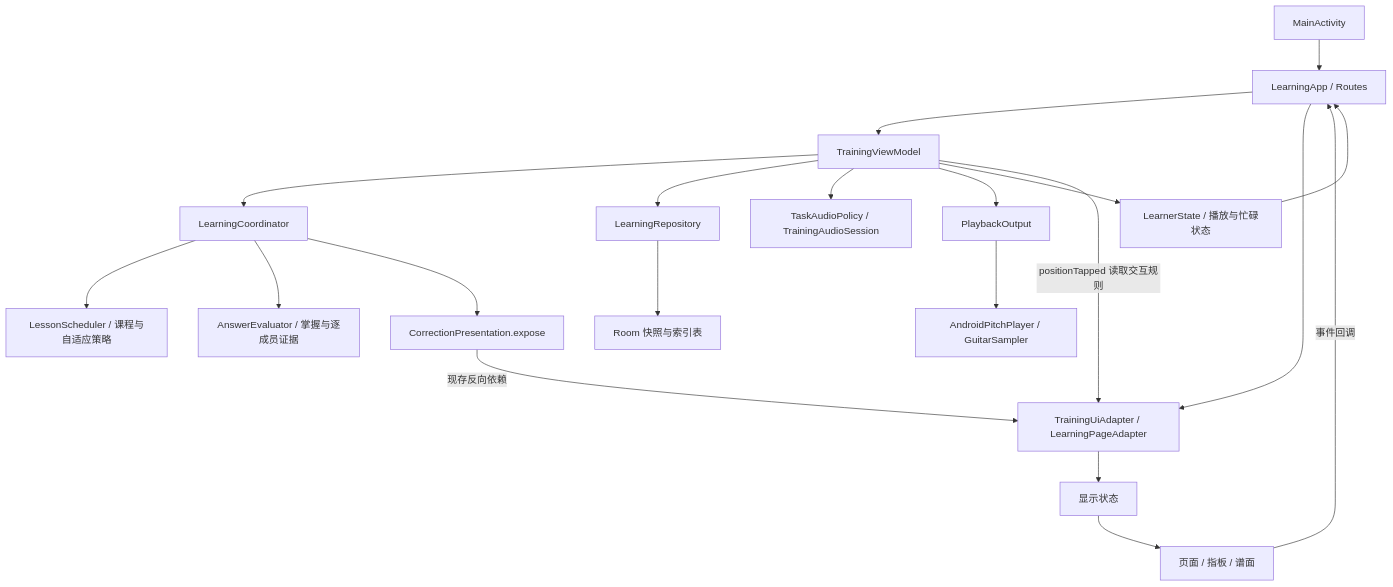
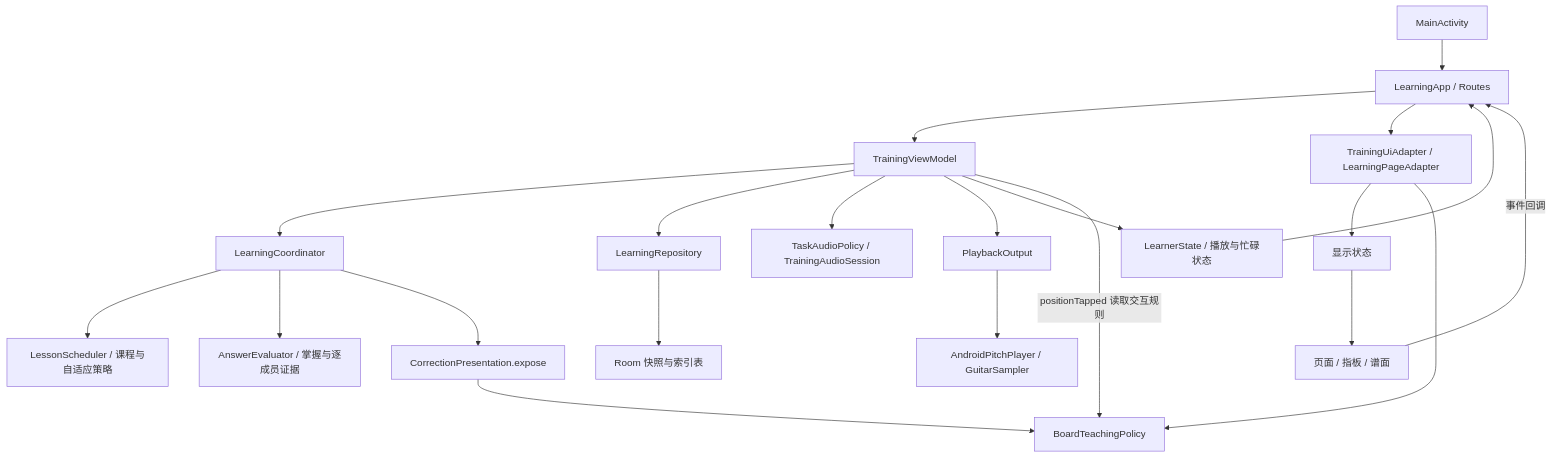
The diagram in docs/architecture-map.md (a3322505a-sys/001), drawn with Mermaid before and after one commit. The commit also changed other lines of this file and 8 other files, not shown here.

````diff
--- a/docs/architecture-map.md
+++ b/docs/architecture-map.md
@@ -17,22 +17,23 @@
 ```mermaid
 flowchart TD
   A[MainActivity] --> R[LearningApp / Routes]
   R --> V[TrainingViewModel]
   V --> C[LearningCoordinator]
   C --> S[LessonScheduler / 课程与自适应策略]
   C --> E[AnswerEvaluator / 掌握与逐成员证据]
   V --> D[LearningRepository]
   D --> DB[Room 快照与索引表]
   V --> AP[TaskAudioPolicy / TrainingAudioSession]
   V --> O[PlaybackOutput]
   O --> P[AndroidPitchPlayer / GuitarSampler]
   V --> L[LearnerState / 播放与忙碌状态]
   L --> R
   R --> AD[TrainingUiAdapter / LearningPageAdapter]
   AD --> U[显示状态]
   U --> UI[页面 / 指板 / 谱面]
   UI -->|事件回调| R
   C --> CP[CorrectionPresentation.expose]
-  CP -->|现存反向依赖| AD
-  V -->|positionTapped 读取交互规则| AD
+  CP --> F[BoardTeachingPolicy]
+  AD --> F
+  V -->|positionTapped 读取交互规则| F
 ```
````
